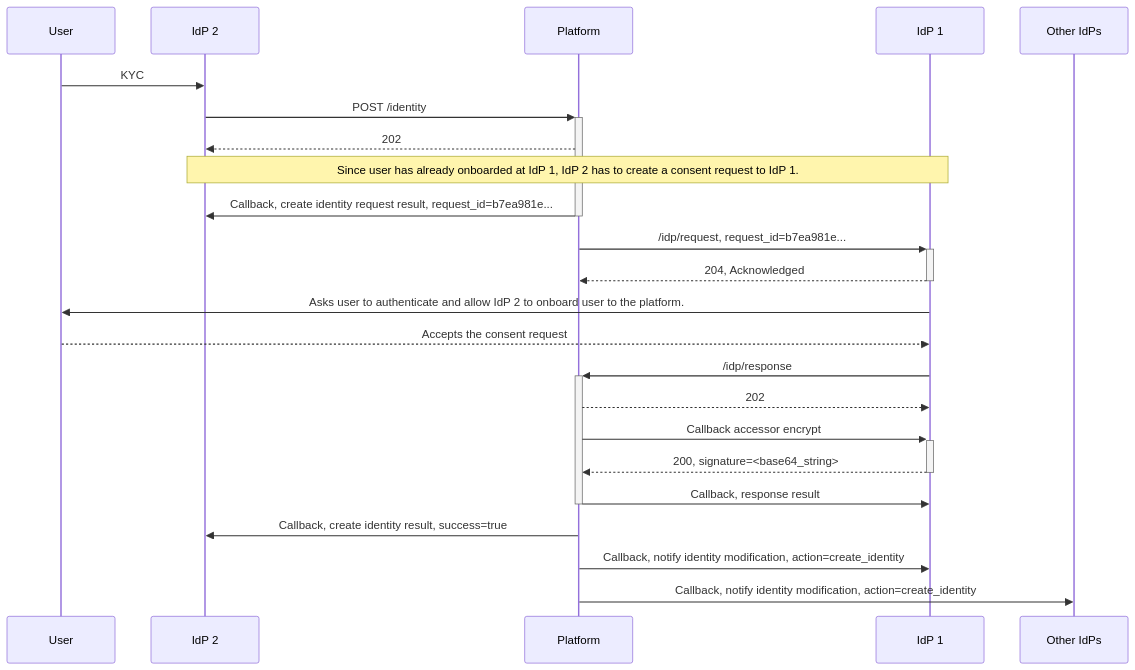
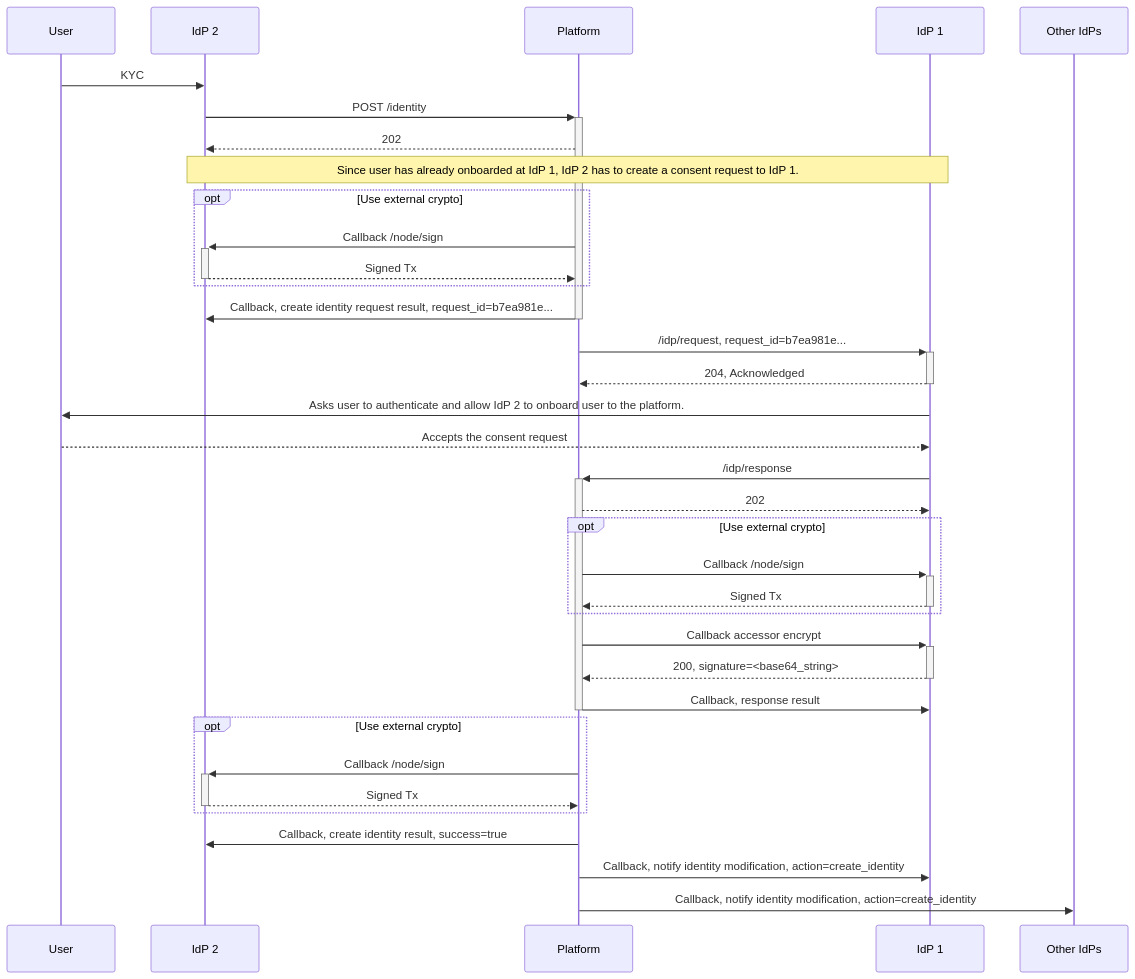
One commit to ndidplatform/ndidplatform.github.io changed the third of 3 diagrams in flows/create-identity.md. Above: the diagram before and after it, drawn with Mermaid. The commit also changed other lines of this file and 2 other files, not shown here.

Commit message:
Add opt flows to sequence diagrams

````diff
--- a/flows/create-identity.md
+++ b/flows/create-identity.md
@@ -45,25 +53,37 @@
 ```mermaid
 sequenceDiagram
     participant User
     participant IdP 2
     participant Platform
     participant IdP 1
     participant Other IdPs
     User->>IdP 2: KYC
     IdP 2->>+Platform: POST /identity
     Platform-->>IdP 2: 202
     Note over IdP 2,IdP 1: Since user has already onboarded at IdP 1, IdP 2 has to create a consent request to IdP 1.
+    opt Use external crypto
+        Platform->>+IdP 2: Callback /node/sign
+        IdP 2-->>-Platform: Signed Tx
+    end
     Platform->>-IdP 2: Callback, create identity request result, request_id=b7ea981e...
     Platform->>+IdP 1: /idp/request, request_id=b7ea981e...
     IdP 1-->>-Platform: 204, Acknowledged
     IdP 1->>User: Asks user to authenticate and allow IdP 2 to onboard user to the platform.
     User-->>IdP 1: Accepts the consent request
     IdP 1->>+Platform: /idp/response
     Platform-->>IdP 1: 202
+    opt Use external crypto
+        Platform->>+IdP 1: Callback /node/sign
+        IdP 1-->>-Platform: Signed Tx
+    end
     Platform->>+IdP 1: Callback accessor encrypt
     IdP 1-->>-Platform: 200, signature=<base64_string>
     Platform->>-IdP 1: Callback, response result
+    opt Use external crypto
+        Platform->>+IdP 2: Callback /node/sign
+        IdP 2-->>-Platform: Signed Tx
+    end
     Platform->>IdP 2: Callback, create identity result, success=true
     Platform->>IdP 1: Callback, notify identity modification, action=create_identity
     Platform->>Other IdPs: Callback, notify identity modification, action=create_identity
 ```
````
